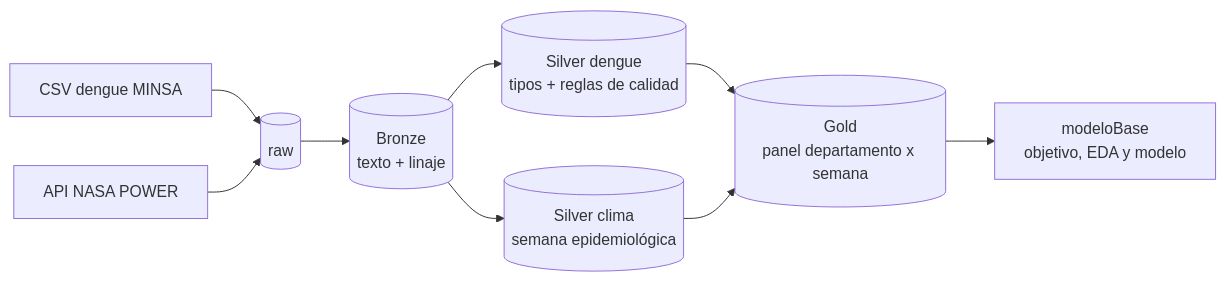
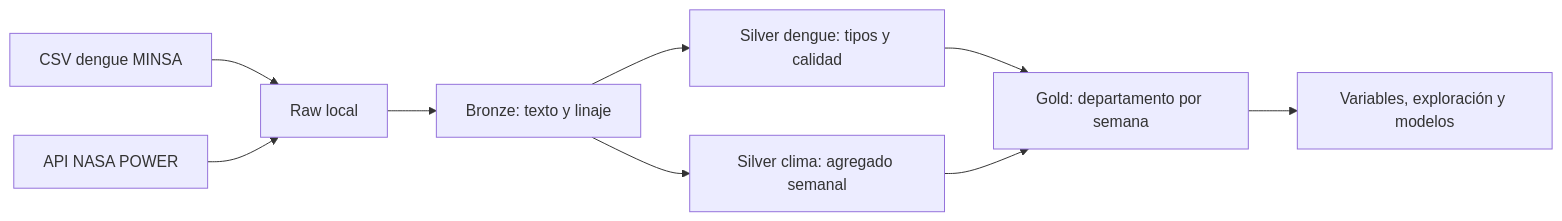
The diagram in README.md (JhonTMich/minsadengue-bigdata), drawn with Mermaid before and after one commit. The commit also changed other lines of this file and 1 other file, not shown here.

````diff
--- a/README.md
+++ b/README.md
@@ -43,11 +37,11 @@
 ```mermaid
 flowchart LR
-    A[CSV dengue MINSA] --> R[(raw)]
+    A[CSV dengue MINSA] --> R[Raw local]
     B[API NASA POWER] --> R
-    R --> BR[(Bronze<br/>texto + linaje)]
-    BR --> SD[(Silver dengue<br/>tipos + reglas de calidad)]
-    BR --> SC[(Silver clima<br/>semana epidemiológica)]
-    SD --> G[(Gold<br/>panel departamento x semana)]
+    R --> BR[Bronze: texto y linaje]
+    BR --> SD[Silver dengue: tipos y calidad]
+    BR --> SC[Silver clima: agregado semanal]
+    SD --> G[Gold: departamento por semana]
     SC --> G
-    G --> M[modeloBase<br/>objetivo, EDA y modelo]
+    G --> M[Variables, exploración y modelos]
 ```
````
